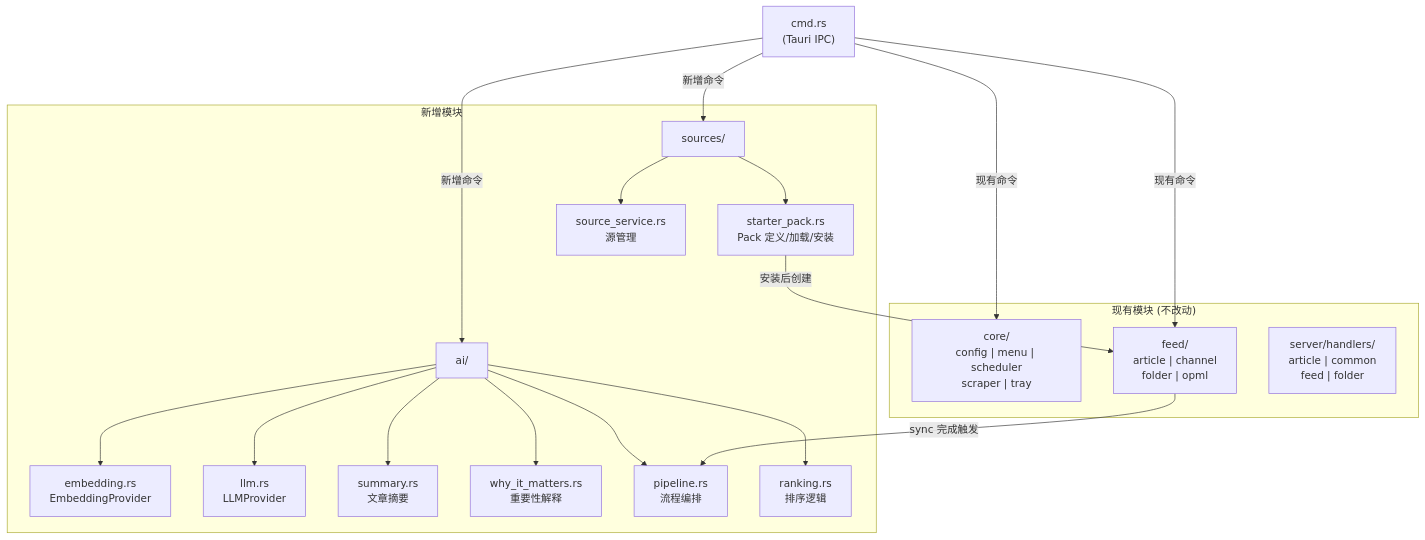
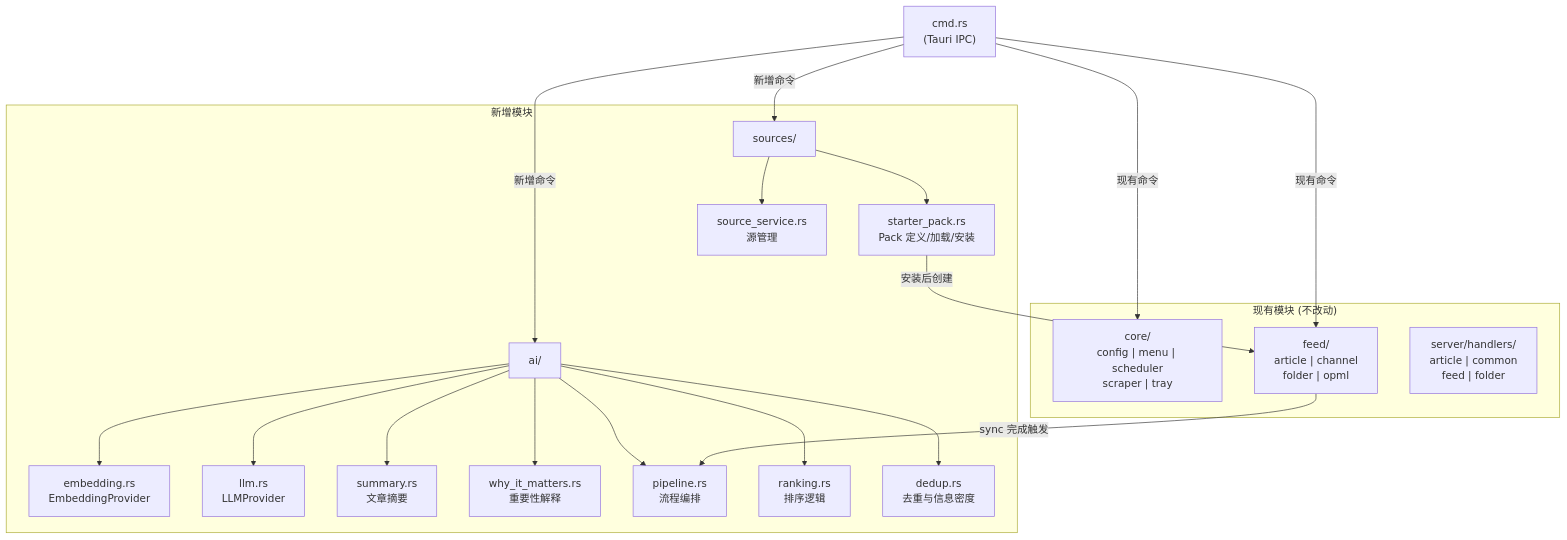
Before and after one commit to zhanglun/lettura: diagram 11 of 15 in prd/technical-architecture-v0.1.md, drawn with Mermaid. The commit also changed other lines of this file and 2 other files, not shown here.

First line of the commit message:
docs: update PRD specs with dedup module and pipeline changes

````diff
--- a/prd/technical-architecture-v0.1.md
+++ b/prd/technical-architecture-v0.1.md
@@ -487,40 +490,42 @@
 ```mermaid
 graph TB
     subgraph Existing["现有模块 (不改动)"]
         Core["core/<br/>config | menu | scheduler<br/>scraper | tray"]
         Feed["feed/<br/>article | channel<br/>folder | opml"]
         Server["server/handlers/<br/>article | common<br/>feed | folder"]
     end
 
     subgraph New["新增模块"]
         AI["ai/"]
         AIEmbed["embedding.rs<br/>EmbeddingProvider"]
         AILLM["llm.rs<br/>LLMProvider"]
         AISummary["summary.rs<br/>文章摘要"]
         AIWIM["why_it_matters.rs<br/>重要性解释"]
         AIPipeline["pipeline.rs<br/>流程编排"]
         AIRank["ranking.rs<br/>排序逻辑"]
+        AIDedup["dedup.rs<br/>去重与信息密度"]
 
         Sources["sources/"]
         SrcSP["starter_pack.rs<br/>Pack 定义/加载/安装"]
         SrcService["source_service.rs<br/>源管理"]
 
         AI --> AIEmbed
         AI --> AILLM
         AI --> AISummary
         AI --> AIWIM
         AI --> AIPipeline
         AI --> AIRank
+        AI --> AIDedup
         Sources --> SrcSP
         Sources --> SrcService
     end
 
     Cmd["cmd.rs<br/>(Tauri IPC)"]
     Cmd -->|"新增命令"| Sources
     Cmd -->|"新增命令"| AI
     Cmd -->|"现有命令"| Feed
     Cmd -->|"现有命令"| Core
 
     Feed -->|"sync 完成触发"| AIPipeline
     SrcSP -->|"安装后创建"| Feed
 ```
````
